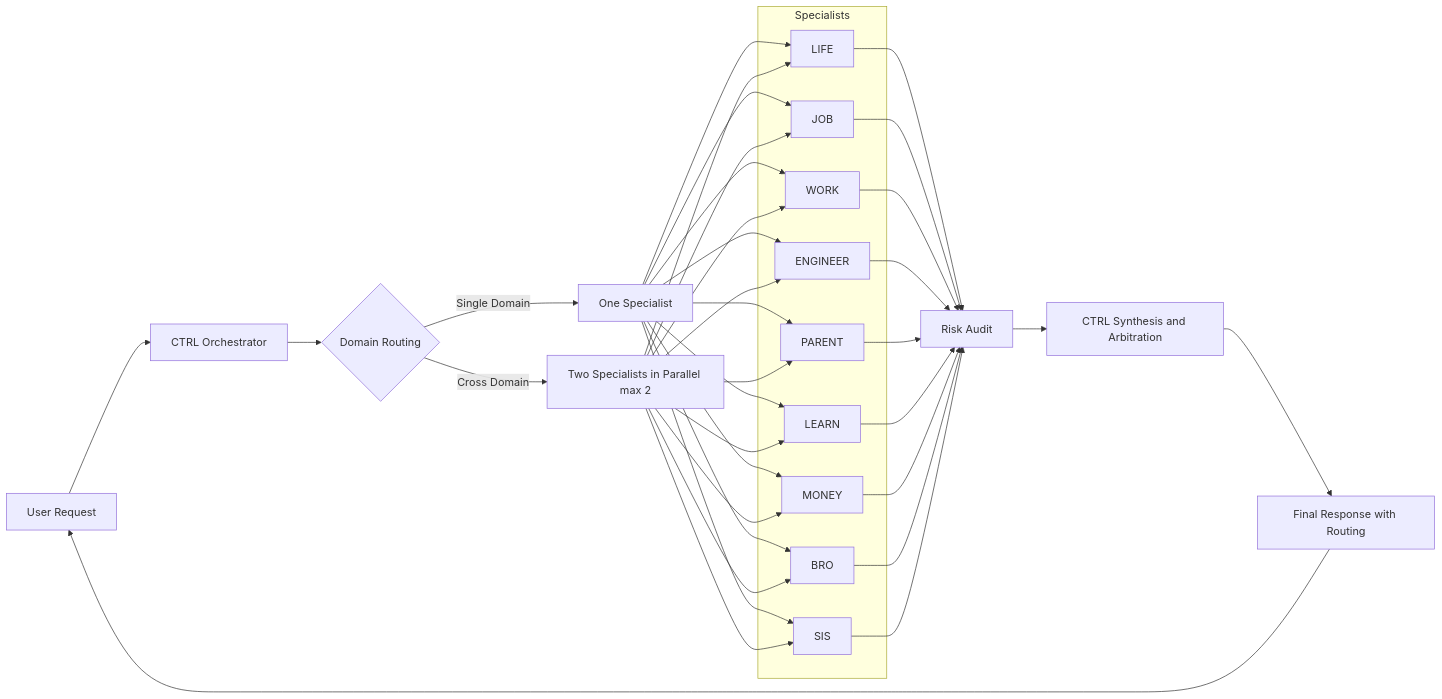
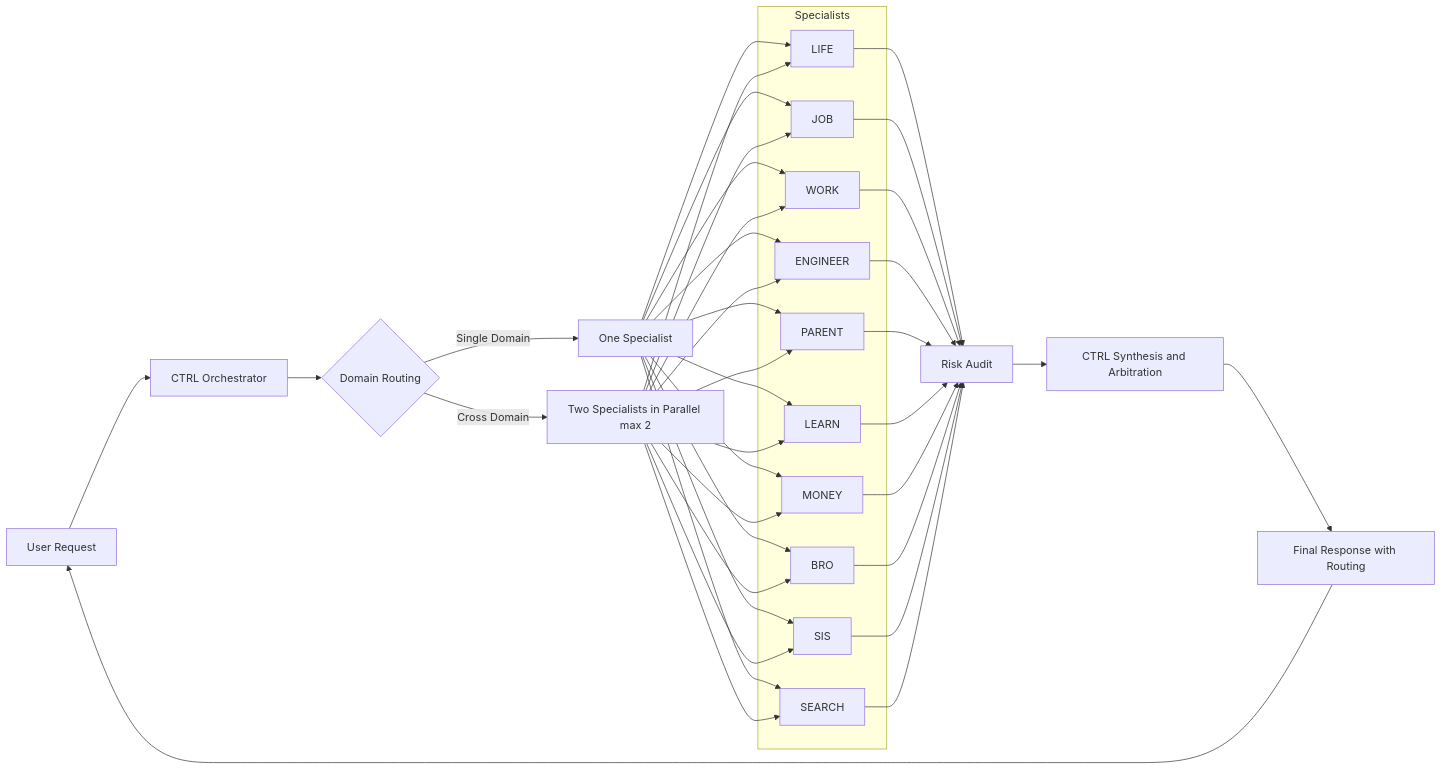
The first of 2 diagrams in README.md (jinglong92/longClaw), drawn with Mermaid before and after one commit. The commit also changed other lines of this file and 5 other files, not shown here.

````diff
--- a/README.md
+++ b/README.md
@@ -97,54 +97,58 @@
 ```mermaid
 flowchart LR
     U[User Request] --> C[CTRL Orchestrator]
     C --> D{Domain Routing}
 
     D -->|Single Domain| S[One Specialist]
     D -->|Cross Domain| P[Two Specialists in Parallel max 2]
 
     subgraph Specialists
         L[LIFE]
         J[JOB]
         W[WORK]
         E[ENGINEER]
         PA[PARENT]
         LE[LEARN]
         M[MONEY]
         B[BRO]
         SI[SIS]
+        SE[SEARCH]
     end
 
     S --> L
     S --> J
     S --> W
     S --> E
     S --> PA
     S --> LE
     S --> M
     S --> B
     S --> SI
+    S --> SE
 
     P --> L
     P --> J
     P --> W
     P --> E
     P --> PA
     P --> LE
     P --> M
     P --> B
     P --> SI
+    P --> SE
 
     L --> R[Risk Audit]
     J --> R
     W --> R
     E --> R
     PA --> R
     LE --> R
     M --> R
     B --> R
     SI --> R
+    SE --> R
 
     R --> F[CTRL Synthesis and Arbitration]
     F --> O[Final Response with Routing]
     O --> U
 ```
````
